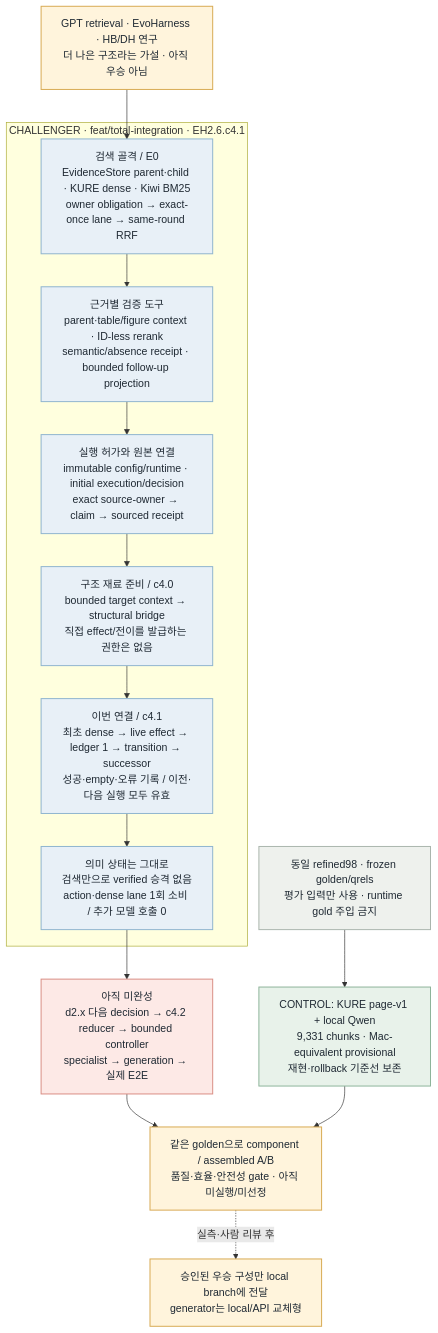
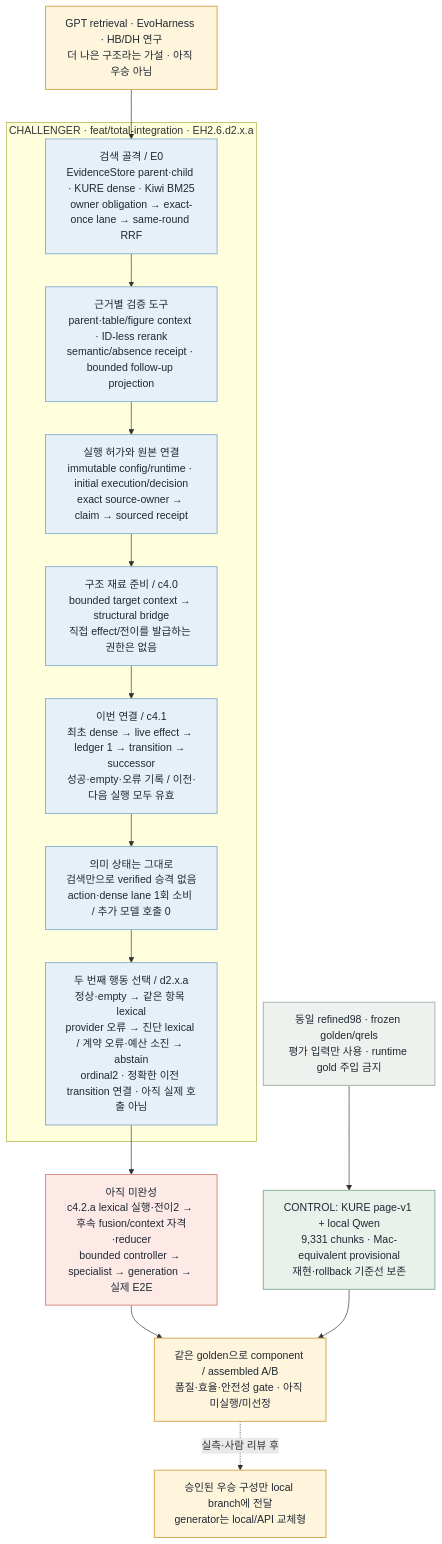
One commit to KongSeok/sprint-public-procurement-rag-assistant changed the diagram in fivecircles/architecture/specs/evidence-harness-progress-current-flow.mmd. Above: the diagram before and after it, drawn with Mermaid. The commit also changed 17 other files, not shown here.

Commit message:
feat(harness): select next action from first dense transition

```diff
--- a/fivecircles/architecture/specs/evidence-harness-progress-current-flow.mmd
+++ b/fivecircles/architecture/specs/evidence-harness-progress-current-flow.mmd
@@ -1,34 +1,35 @@
 flowchart TB
   INPUT["동일 refined98 · frozen golden/qrels<br/>평가 입력만 사용 · runtime gold 주입 금지"]
   B0["CONTROL: KURE page-v1 + local Qwen<br/>9,331 chunks · Mac-equivalent provisional<br/>재현·rollback 기준선 보존"]
   RESEARCH["GPT retrieval · EvoHarness · HB/DH 연구<br/>더 나은 구조라는 가설 · 아직 우승 아님"]
 
-  subgraph BUILD["CHALLENGER · feat/total-integration · EH2.6.c4.1"]
+  subgraph BUILD["CHALLENGER · feat/total-integration · EH2.6.d2.x.a"]
     SEARCH["검색 골격 / E0<br/>EvidenceStore parent·child · KURE dense · Kiwi BM25<br/>owner obligation → exact-once lane → same-round RRF"]
     RECEIPTS["근거별 검증 도구<br/>parent·table/figure context · ID-less rerank<br/>semantic/absence receipt · bounded follow-up projection"]
     PERMIT["실행 허가와 원본 연결<br/>immutable config/runtime · initial execution/decision<br/>exact source-owner → claim → sourced receipt"]
     BRIDGE["구조 재료 준비 / c4.0<br/>bounded target context → structural bridge<br/>직접 effect/전이를 발급하는 권한은 없음"]
     FIRST["이번 연결 / c4.1<br/>최초 dense → live effect → ledger 1 → transition → successor<br/>성공·empty·오류 기록 / 이전·다음 실행 모두 유효"]
     STATE["의미 상태는 그대로<br/>검색만으로 verified 승격 없음<br/>action·dense lane 1회 소비 / 추가 모델 호출 0"]
-    SEARCH --> RECEIPTS --> PERMIT --> BRIDGE --> FIRST --> STATE
+    NEXT["두 번째 행동 선택 / d2.x.a<br/>정상·empty → 같은 항목 lexical<br/>provider 오류 → 진단 lexical / 계약 오류·예산 소진 → abstain<br/>ordinal2 · 정확한 이전 transition 연결 · 아직 실제 호출 아님"]
+    SEARCH --> RECEIPTS --> PERMIT --> BRIDGE --> FIRST --> STATE --> NEXT
   end
 
-  GAP["아직 미완성<br/>d2.x 다음 decision → c4.2 reducer → bounded controller<br/>specialist → generation → 실제 E2E"]
+  GAP["아직 미완성<br/>c4.2.a lexical 실행·전이2 → 후속 fusion/context 자격·reducer<br/>bounded controller → specialist → generation → 실제 E2E"]
   SELECT["같은 golden으로 component / assembled A/B<br/>품질·효율·안전성 gate · 아직 미실행/미선정"]
   LOCAL["승인된 우승 구성만 local branch에 전달<br/>generator는 local/API 교체형"]
   INPUT --> B0
   RESEARCH --> SEARCH
-  STATE --> GAP --> SELECT
+  NEXT --> GAP --> SELECT
   B0 --> SELECT
   SELECT -. "실측·사람 리뷰 후" .-> LOCAL
 
   classDef green fill:#e8f2ea,stroke:#8eb49a,color:#1f2933,stroke-width:1.5px
   classDef blue fill:#e8f0f7,stroke:#8fb4cf,color:#1f2933,stroke-width:1.5px
   classDef amber fill:#fff4dc,stroke:#d8aa53,color:#1f2933,stroke-width:1.5px
   classDef red fill:#fde9e6,stroke:#d98e84,color:#1f2933,stroke-width:1.5px
   classDef gray fill:#eef1ed,stroke:#aab5ad,color:#1f2933,stroke-width:1.5px
   class B0 green
-  class SEARCH,RECEIPTS,PERMIT,BRIDGE,FIRST,STATE blue
+  class SEARCH,RECEIPTS,PERMIT,BRIDGE,FIRST,STATE,NEXT blue
   class INPUT gray
   class RESEARCH,SELECT,LOCAL amber
   class GAP red
```
